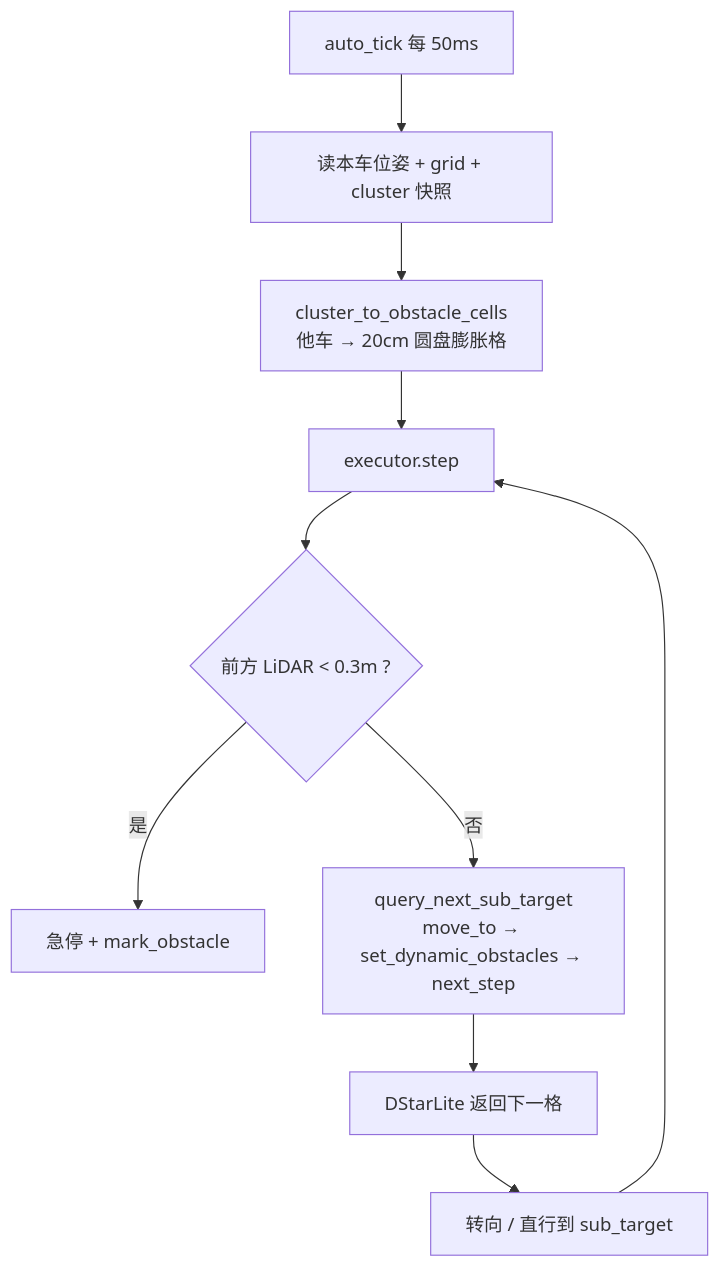
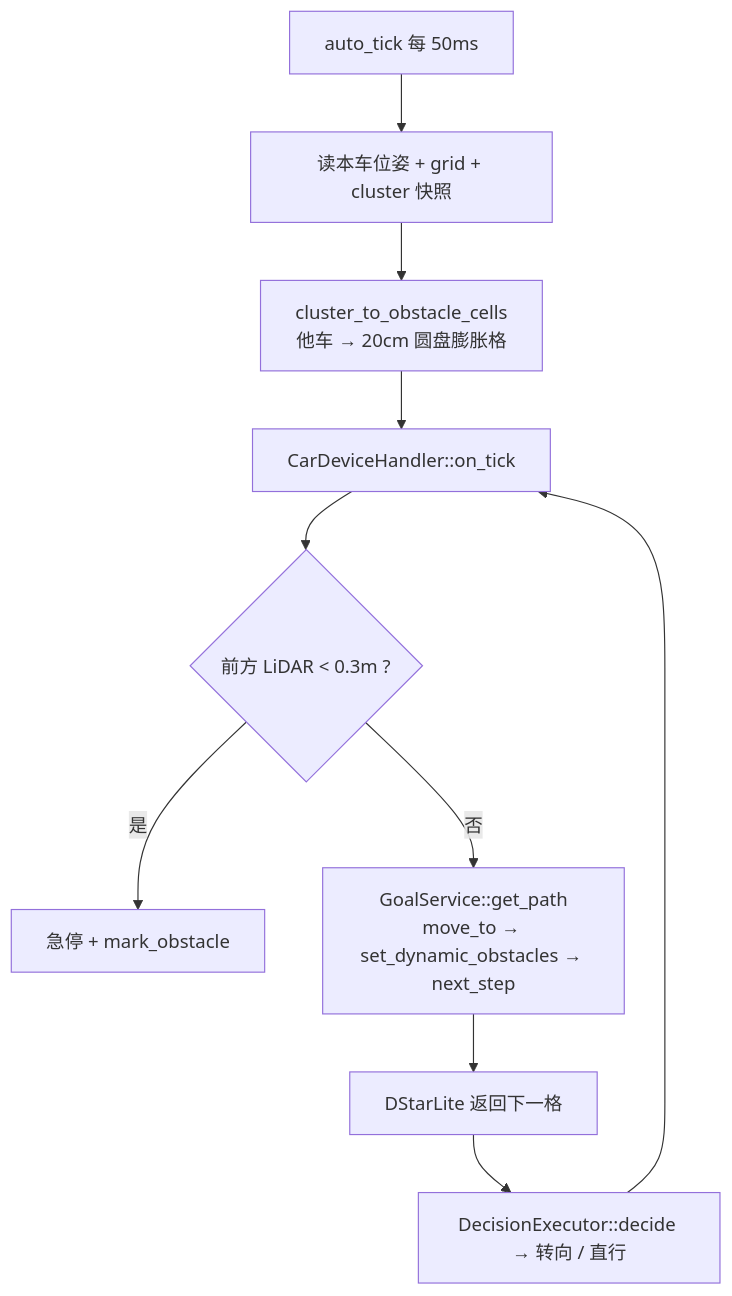
Before and after one commit to LYK-ce/Pleiades: the fourth of 6 diagrams in Architecture/robot_arch.md, drawn with Mermaid. The commit also changed other lines of this file, not shown here.

Commit message:
docs(architecture): robot_arch.md 更新为 Task 23 C1-C5 后的四 crate 结构

````diff
--- a/Architecture/robot_arch.md
+++ b/Architecture/robot_arch.md
@@ -159,12 +220,12 @@
 ```mermaid
 flowchart TD
     A["auto_tick 每 50ms"] --> B["读本车位姿 + grid + cluster 快照"]
     B --> C["cluster_to_obstacle_cells<br/>他车 → 20cm 圆盘膨胀格"]
-    C --> D["executor.step"]
+    C --> D["CarDeviceHandler::on_tick"]
     D --> E{"前方 LiDAR < 0.3m ?"}
     E -- 是 --> F["急停 + mark_obstacle"]
-    E -- 否 --> G["query_next_sub_target<br/>move_to → set_dynamic_obstacles → next_step"]
+    E -- 否 --> G["GoalService::get_path<br/>move_to → set_dynamic_obstacles → next_step"]
     G --> H["DStarLite 返回下一格"]
-    H --> I["转向 / 直行到 sub_target"]
+    H --> I["DecisionExecutor::decide → 转向 / 直行"]
     I --> D
 ```
````
